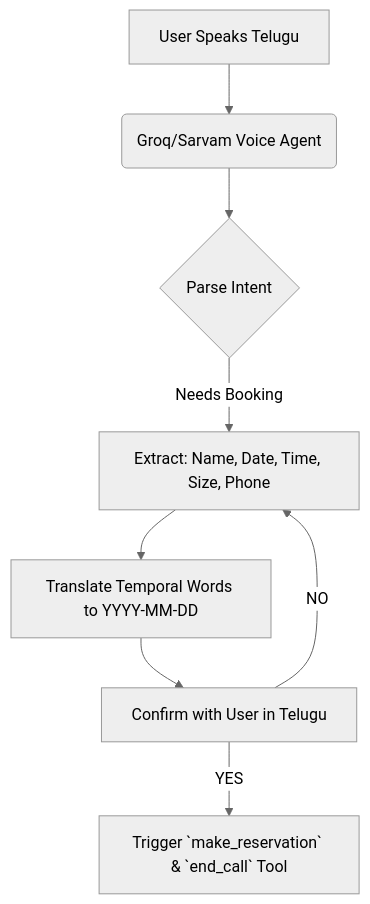
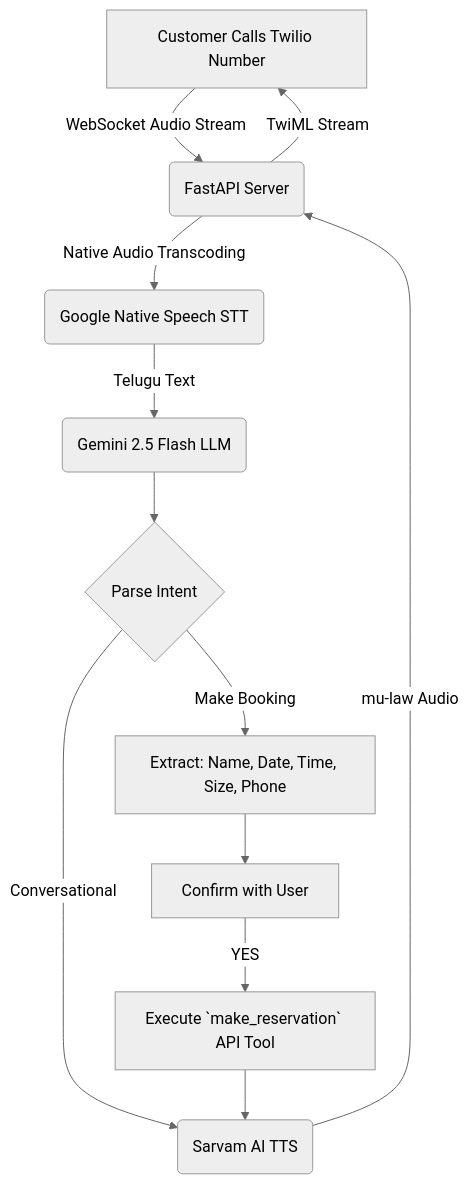
Before and after one commit to praffulgadadasu/Telugu-Voice-AI-Agent: the diagram in README.md, drawn with Mermaid (neutral theme). The commit also changed other lines of this file, not shown here.

Commit message:
Update README.md to reflect new Twilio and Gemini architecture

````diff
--- a/README.md
+++ b/README.md
@@ -17,10 +17,14 @@
 ```mermaid
 graph TD
-    A[User Speaks Telugu] --> B(Groq/Sarvam Voice Agent)
-    B --> C{Parse Intent}
-    C -- "Needs Booking" --> D[Extract: Name, Date, Time, Size, Phone]
-    D --> E[Translate Temporal Words to YYYY-MM-DD]
-    E --> F[Confirm with User in Telugu]
-    F -- "YES" --> G[Trigger `make_reservation` & `end_call` Tool]
-    F -- "NO" --> D
+    A[Customer Calls Twilio Number] -->|WebSocket Audio Stream| B(FastAPI Server)
+    B -->|Native Audio Transcoding| C(Google Native Speech STT)
+    C -- "Telugu Text" --> D(Gemini 2.5 Flash LLM)
+    D --> E{Parse Intent}
+    E -- "Make Booking" --> F[Extract: Name, Date, Time, Size, Phone]
+    F --> G[Confirm with User]
+    G -- "YES" --> H[Execute `make_reservation` API Tool]
+    E -- "Conversational" --> I(Sarvam AI TTS)
+    H --> I
+    I -->|mu-law Audio| B
+    B -->|TwiML Stream| A
 ```
````
